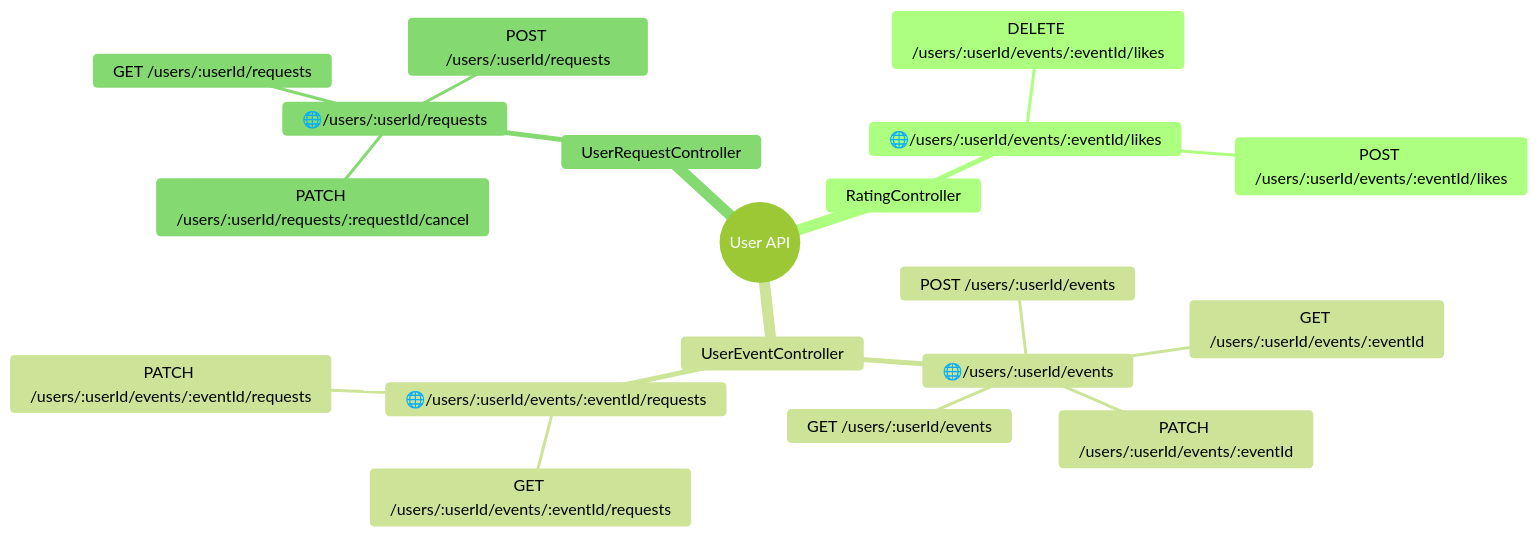
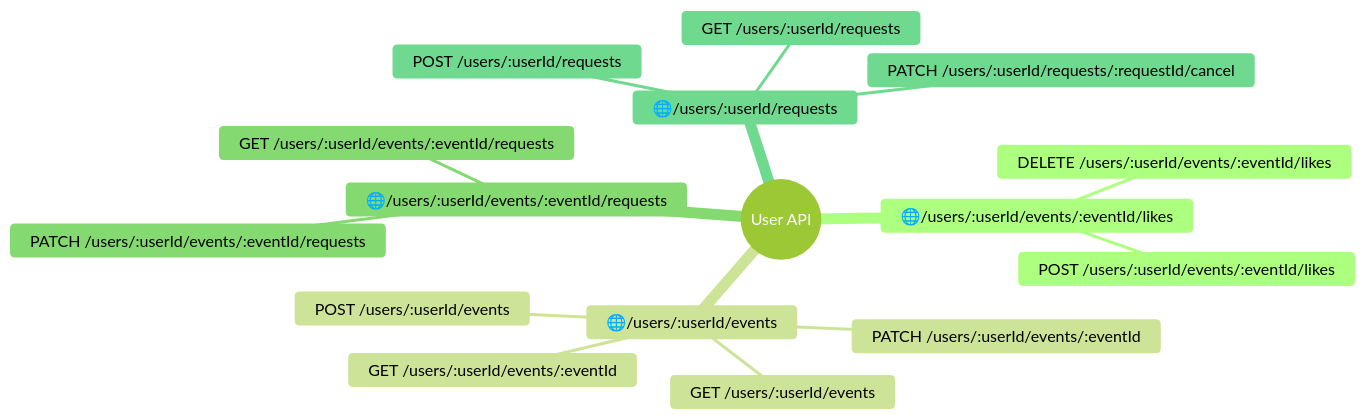
The second of 4 diagrams in readme.md (AleksOBM/java-explore-with-me-plus), drawn with Mermaid (forest theme) before and after one commit. The commit also changed other lines of this file, not shown here.

````diff
--- a/readme.md
+++ b/readme.md
@@ -61,22 +58,20 @@
 ```mermaid
+%%{init: { 'mindmap': { 'maxNodeWidth': 500 } }}%%
 mindmap
   root((User API))
-    RatingController
       🌐/users/:userId/events/:eventId/likes
         DELETE /users/:userId/events/:eventId/likes
         POST /users/:userId/events/:eventId/likes
-    UserEventController
       🌐/users/:userId/events
         GET /users/:userId/events
         GET /users/:userId/events/:eventId
         PATCH /users/:userId/events/:eventId
         POST /users/:userId/events
       🌐/users/:userId/events/:eventId/requests
         GET /users/:userId/events/:eventId/requests
         PATCH /users/:userId/events/:eventId/requests
-    UserRequestController
       🌐/users/:userId/requests
         GET /users/:userId/requests
         PATCH /users/:userId/requests/:requestId/cancel
         POST /users/:userId/requests
 ```
````
